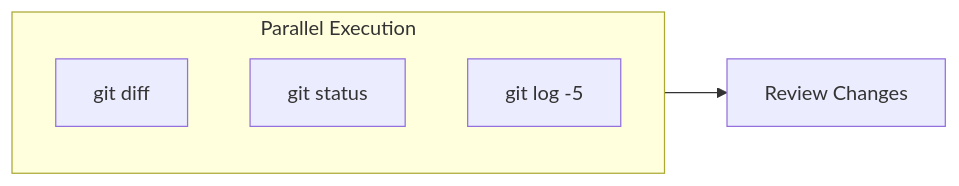
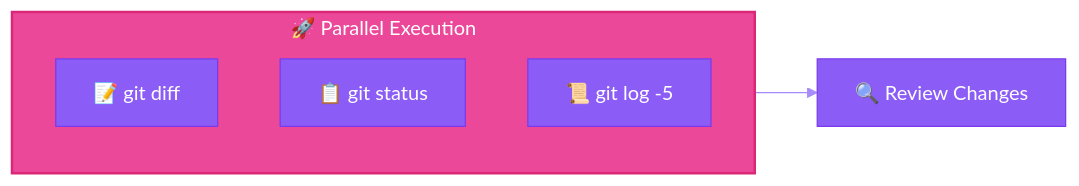
Before and after one commit to ThibautMelen/agentic-ai-systems: the fourth of 5 diagrams in patterns/03-parallel-tool-calling.md, drawn with Mermaid. The commit also changed other lines of this file and 7 other files, not shown here.

First line of the commit message:
style(diagrams): add vibrant colors to all Mermaid diagrams

````diff
--- a/patterns/03-parallel-tool-calling.md
+++ b/patterns/03-parallel-tool-calling.md
@@ -120,10 +135,13 @@
 ```mermaid
+%%{init: {'theme': 'base', 'themeVariables': { 'primaryColor': '#8b5cf6', 'primaryTextColor': '#ffffff', 'primaryBorderColor': '#7c3aed', 'lineColor': '#a78bfa'}}}%%
 flowchart LR
-    subgraph Parallel["Parallel Execution"]
-        D[git diff]
-        S[git status]
-        L[git log -5]
+    subgraph Parallel["🚀 Parallel Execution"]
+        D[📝 git diff]
+        S[📋 git status]
+        L[📜 git log -5]
     end
 
-    Parallel --> Review[Review Changes]
+    Parallel --> Review[🔍 Review Changes]
+
+    style Parallel fill:#ec4899,stroke:#db2777,stroke-width:2px,color:#ffffff
 ```
````
